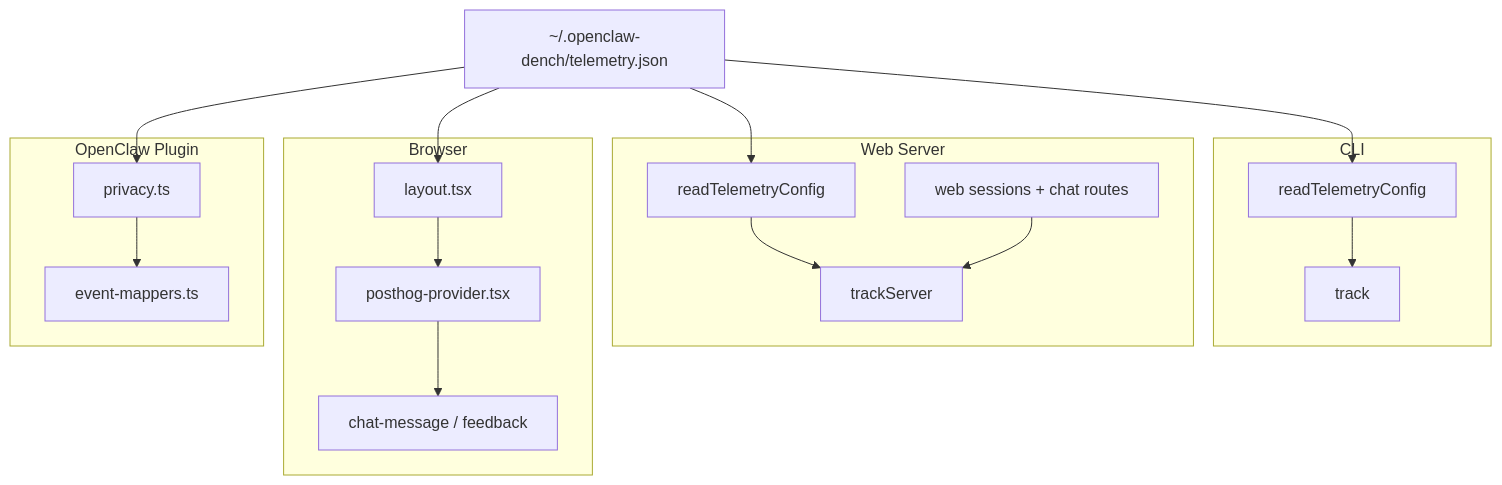
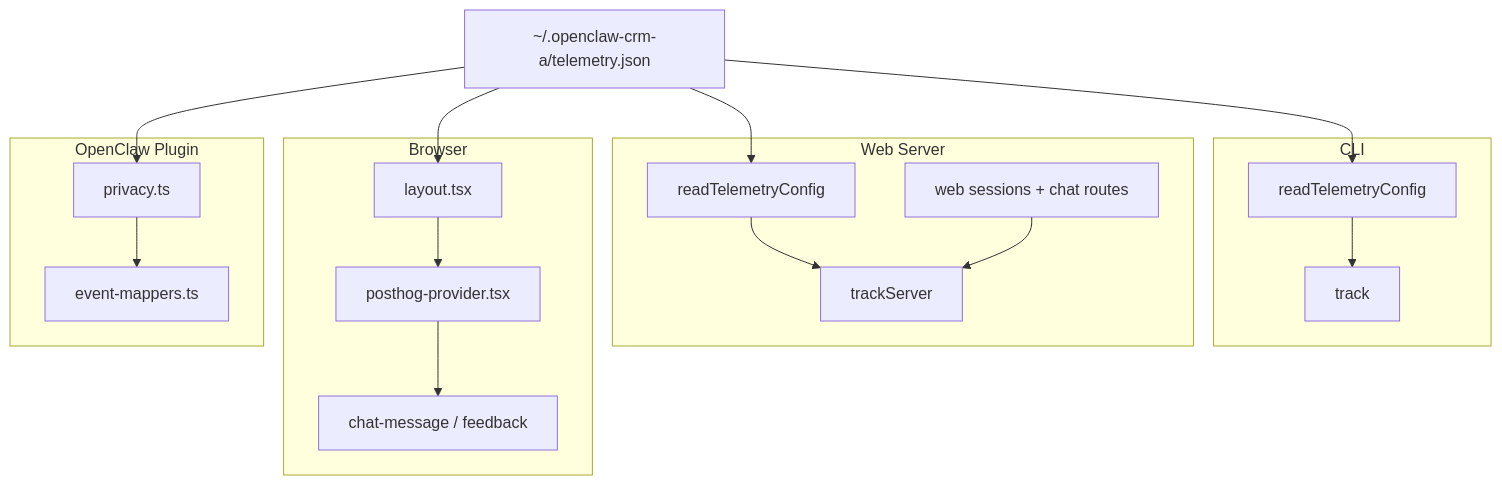
One commit to TopCS/crmaconsole changed the diagram in .cursor/plans/unified_telemetry_identity_2d5f5ce0.plan.md. Above: the diagram before and after it, drawn with Mermaid. The commit also changed other lines of this file and 388 other files, not shown here.

First line of the commit message:
Rename project from DenchClaw to Crm-A Console

````diff
--- a/.cursor/plans/unified_telemetry_identity_2d5f5ce0.plan.md
+++ b/.cursor/plans/unified_telemetry_identity_2d5f5ce0.plan.md
@@ -56,33 +56,33 @@
 ```mermaid
 flowchart TD
-  TelemetryJson["~/.openclaw-dench/telemetry.json"]
+  TelemetryJson["~/.openclaw-crm-a/telemetry.json"]
 
   subgraph cli [CLI]
     CliConfig[readTelemetryConfig]
     CliTrack[track]
   end
 
   subgraph server [Web Server]
     ServerConfig[readTelemetryConfig]
     TrackServer[trackServer]
     SessionRoutes[web sessions + chat routes]
   end
 
   subgraph browser [Browser]
     Layout[layout.tsx]
     PHProvider[posthog-provider.tsx]
     ChatUI[chat-message / feedback]
   end
 
   subgraph plugin [OpenClaw Plugin]
     PluginPrivacy[privacy.ts]
     PluginEvents[event-mappers.ts]
   end
 
   TelemetryJson --> CliConfig --> CliTrack
   TelemetryJson --> ServerConfig --> TrackServer
   TelemetryJson --> Layout --> PHProvider
   PHProvider --> ChatUI
   TelemetryJson --> PluginPrivacy --> PluginEvents
   SessionRoutes --> TrackServer
 ```
````
